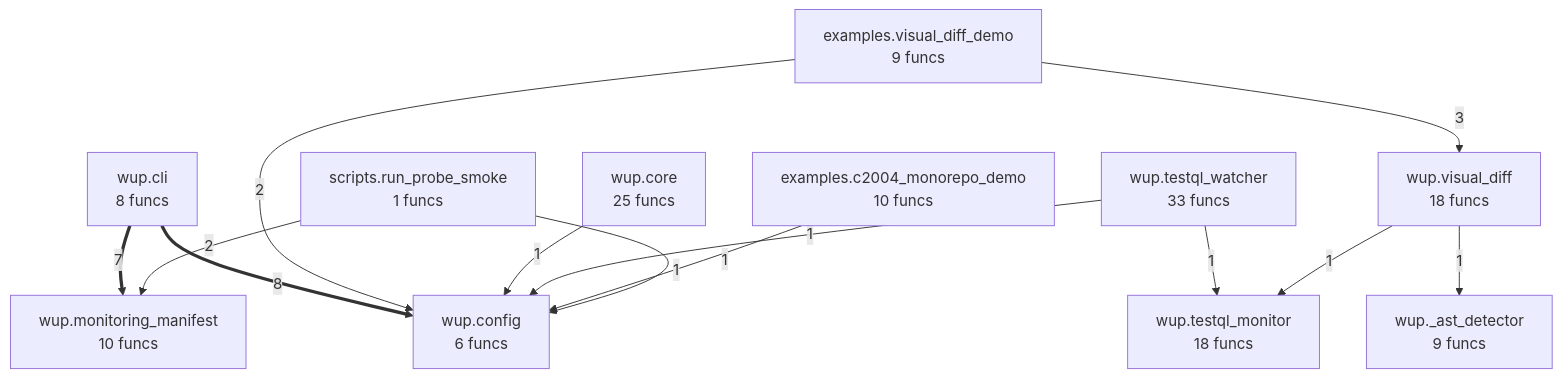
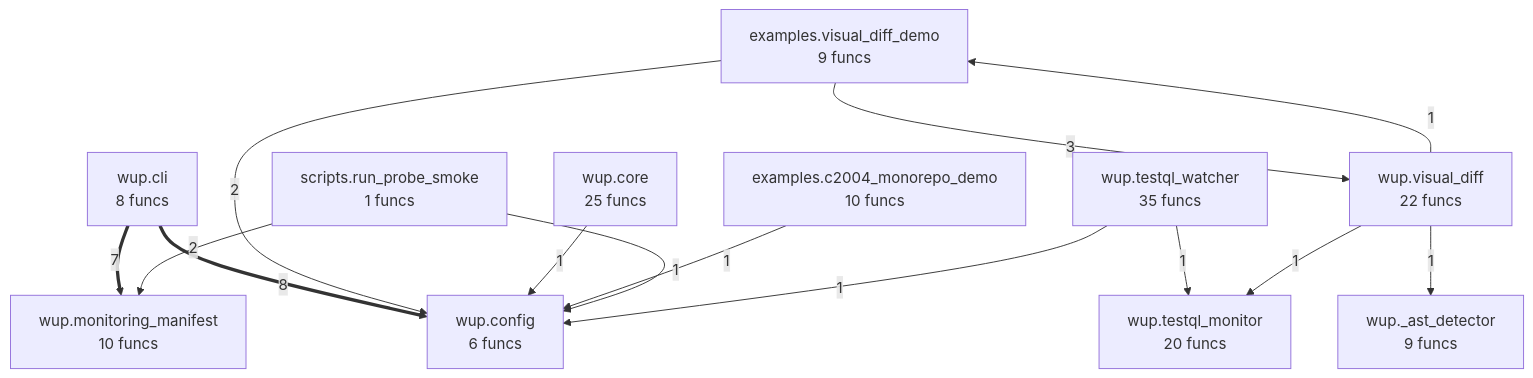
Before and after one commit to semcod/wup: the diagram in project/compact_flow.mmd, drawn with Mermaid. The commit also changed 32 other files, not shown here.

```diff
--- a/project/compact_flow.mmd
+++ b/project/compact_flow.mmd
@@ -1,25 +1,26 @@
 flowchart TD
-%% generated in 0.00s
+%% generated in 0.01s
     examples__c2004_monorepo_demo["examples.c2004_monorepo_demo<br/>10 funcs"]
     examples__visual_diff_demo["examples.visual_diff_demo<br/>9 funcs"]
     scripts__run_probe_smoke["scripts.run_probe_smoke<br/>1 funcs"]
     wup___ast_detector["wup._ast_detector<br/>9 funcs"]
     wup__cli["wup.cli<br/>8 funcs"]
     wup__config["wup.config<br/>6 funcs"]
     wup__core["wup.core<br/>25 funcs"]
     wup__monitoring_manifest["wup.monitoring_manifest<br/>10 funcs"]
-    wup__testql_monitor["wup.testql_monitor<br/>18 funcs"]
-    wup__testql_watcher["wup.testql_watcher<br/>33 funcs"]
-    wup__visual_diff["wup.visual_diff<br/>18 funcs"]
+    wup__testql_monitor["wup.testql_monitor<br/>20 funcs"]
+    wup__testql_watcher["wup.testql_watcher<br/>35 funcs"]
+    wup__visual_diff["wup.visual_diff<br/>22 funcs"]
     wup__cli ==>|8| wup__config
     wup__cli ==>|7| wup__monitoring_manifest
     examples__visual_diff_demo -->|3| wup__visual_diff
     examples__visual_diff_demo -->|2| wup__config
     scripts__run_probe_smoke -->|2| wup__monitoring_manifest
     wup__core -->|1| wup__config
+    examples__c2004_monorepo_demo -->|1| wup__config
+    scripts__run_probe_smoke -->|1| wup__config
     wup__testql_watcher -->|1| wup__config
     wup__testql_watcher -->|1| wup__testql_monitor
     wup__visual_diff -->|1| wup__testql_monitor
     wup__visual_diff -->|1| wup___ast_detector
-    examples__c2004_monorepo_demo -->|1| wup__config
-    scripts__run_probe_smoke -->|1| wup__config
+    wup__visual_diff -->|1| examples__visual_diff_demo
```
